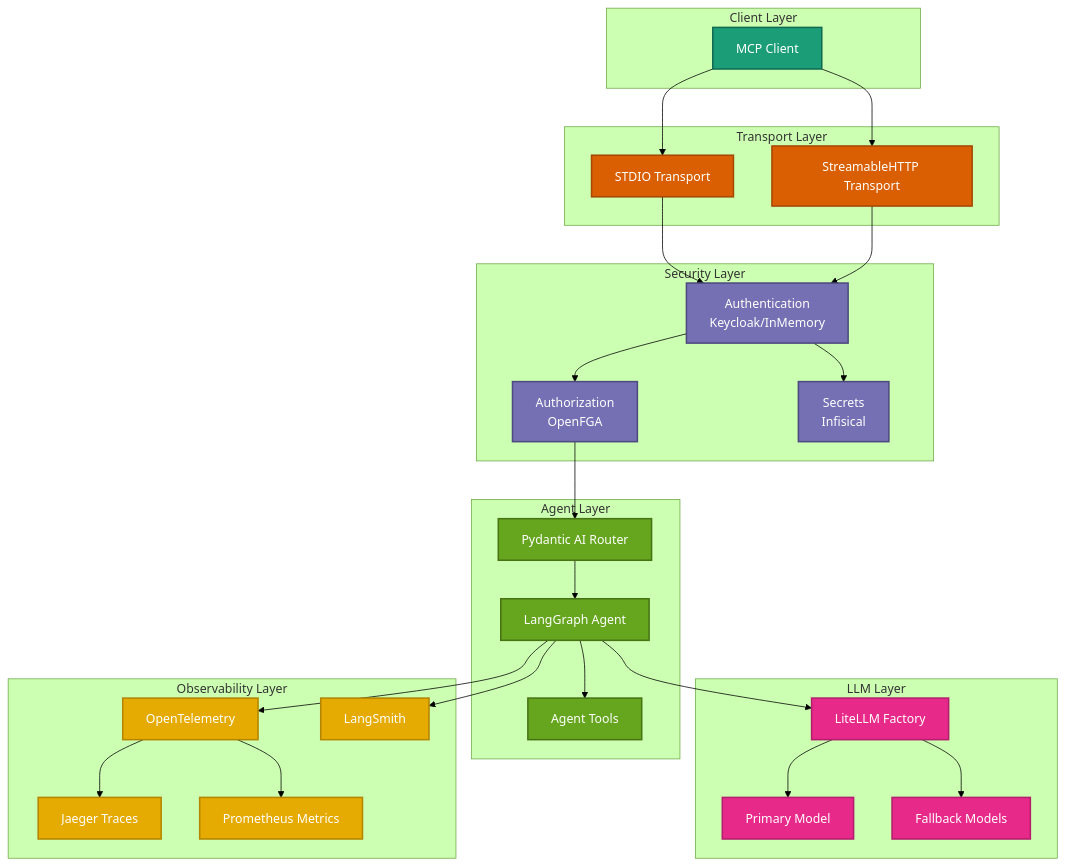
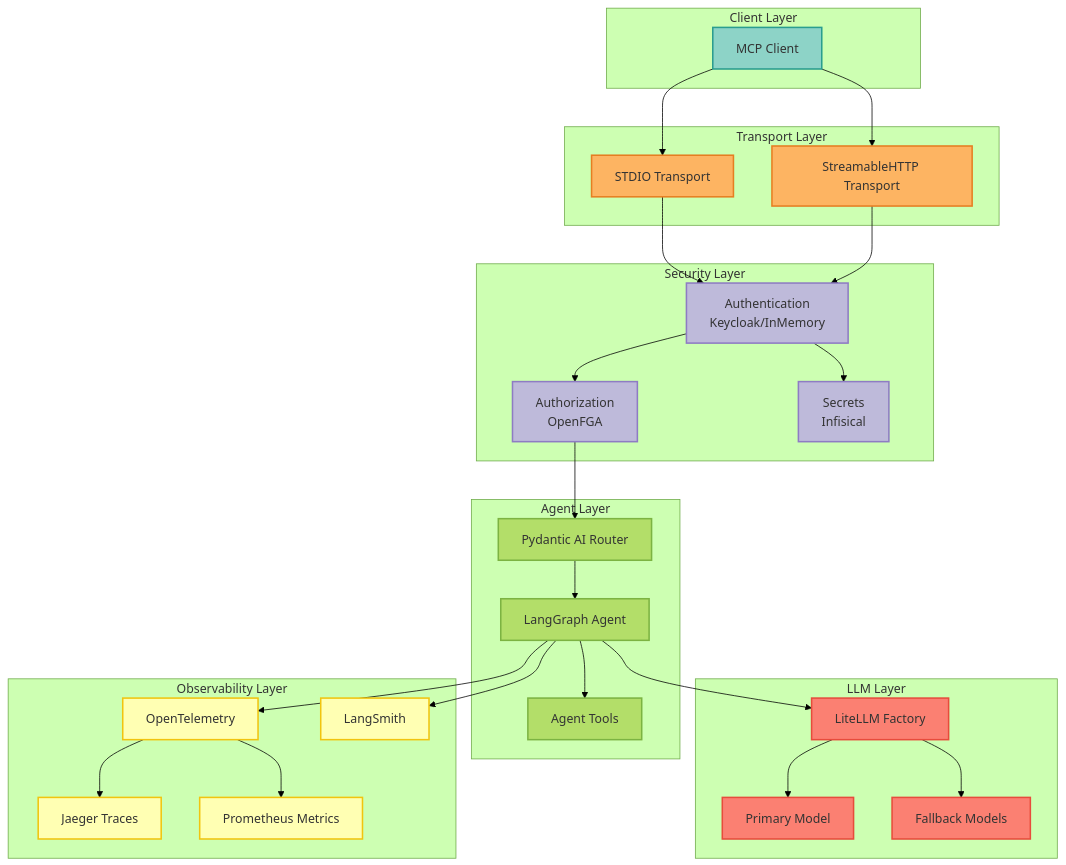
One commit to vishnu2kmohan/mcp-server-langgraph changed the diagram in docs/architecture/overview.mdx. Above: the diagram before and after it, drawn with Mermaid (forest theme). The commit also changed 11 other files, not shown here.

First line of the commit message:
style: migrate all diagrams from Dark2 to Set3 ColorBrewer2 palette

````diff
--- a/docs/architecture/overview.mdx
+++ b/docs/architecture/overview.mdx
@@ -221,68 +221,68 @@
 ```mermaid
 graph TB
     subgraph Client_Layer["Client Layer"]
         Client[MCP Client]
     end
 
     subgraph Transport_Layer["Transport Layer"]
         STDIO[STDIO Transport]
         HTTP[StreamableHTTP Transport]
     end
 
     subgraph Security_Layer["Security Layer"]
         Auth[Authentication<br/>Keycloak/InMemory]
         AuthZ[Authorization<br/>OpenFGA]
         Secrets[Secrets<br/>Infisical]
     end
 
     subgraph Agent_Layer["Agent Layer"]
         Router[Pydantic AI Router]
         Agent[LangGraph Agent]
         Tools[Agent Tools]
     end
 
     subgraph LLM_Layer["LLM Layer"]
         LiteLLM[LiteLLM Factory]
         Primary[Primary Model]
         Fallback[Fallback Models]
     end
 
     subgraph Observability_Layer["Observability Layer"]
         OTEL[OpenTelemetry]
         Jaeger[Jaeger Traces]
         Prom[Prometheus Metrics]
         LangSmith[LangSmith]
     end
 
     Client --> STDIO
     Client --> HTTP
     STDIO --> Auth
     HTTP --> Auth
     Auth --> AuthZ
     AuthZ --> Router
     Router --> Agent
     Agent --> Tools
     Agent --> LiteLLM
     LiteLLM --> Primary
     LiteLLM --> Fallback
     Auth --> Secrets
     Agent --> OTEL
     Agent --> LangSmith
     OTEL --> Jaeger
     OTEL --> Prom
 
-    %% ColorBrewer2 Dark2 palette styling
-    classDef clientStyle fill:#1b9e77,stroke:#116b52,stroke-width:2px,color:#fff
-    classDef transportStyle fill:#d95f02,stroke:#a64801,stroke-width:2px,color:#fff
-    classDef securityStyle fill:#7570b3,stroke:#4e4a7f,stroke-width:2px,color:#fff
-    classDef agentStyle fill:#66a61e,stroke:#477315,stroke-width:2px,color:#fff
-    classDef llmStyle fill:#e7298a,stroke:#b31e6d,stroke-width:2px,color:#fff
-    classDef obsStyle fill:#e6ab02,stroke:#b38501,stroke-width:2px,color:#fff
+    %% ColorBrewer2 Set3 palette styling
+    classDef clientStyle fill:#8dd3c7,stroke:#2a9d8f,stroke-width:2px,color:#333
+    classDef transportStyle fill:#fdb462,stroke:#e67e22,stroke-width:2px,color:#333
+    classDef securityStyle fill:#bebada,stroke:#8e7cc3,stroke-width:2px,color:#333
+    classDef agentStyle fill:#b3de69,stroke:#7cb342,stroke-width:2px,color:#333
+    classDef llmStyle fill:#fb8072,stroke:#e74c3c,stroke-width:2px,color:#333
+    classDef obsStyle fill:#ffffb3,stroke:#f1c40f,stroke-width:2px,color:#333
 
     class Client clientStyle
     class STDIO,HTTP transportStyle
     class Auth,AuthZ,Secrets securityStyle
     class Router,Agent,Tools agentStyle
     class LiteLLM,Primary,Fallback llmStyle
     class OTEL,Jaeger,Prom,LangSmith obsStyle
 ```
````
